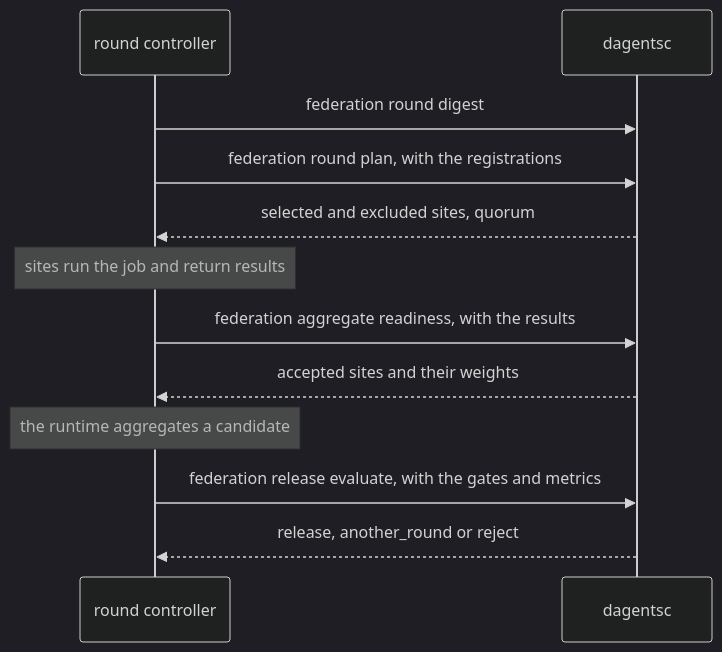
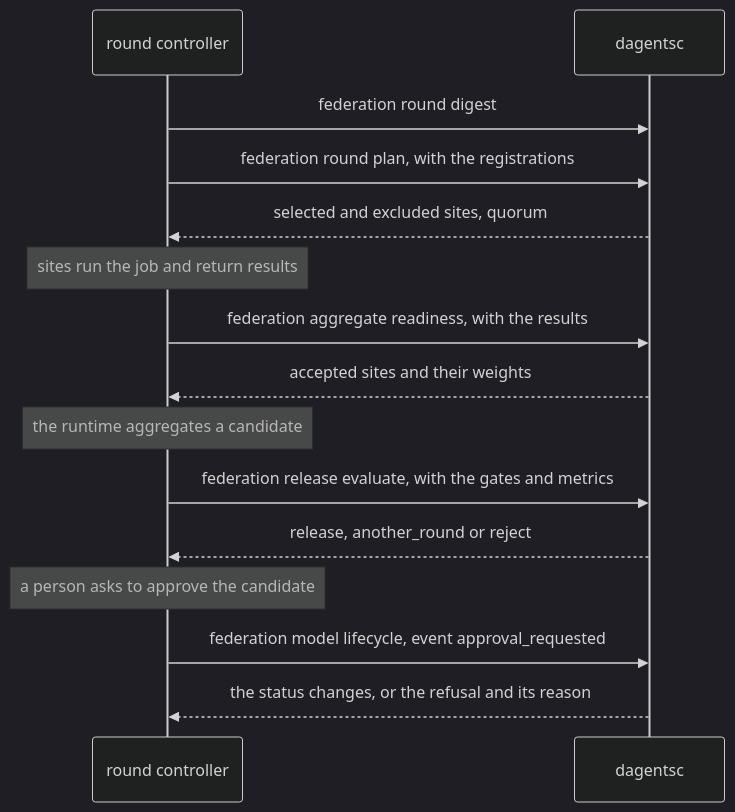
Before and after one commit to pradyunuydarp/Dagents: the second of 2 diagrams in docs/reference/api/dagentsc.md, drawn with Mermaid (dark theme). The commit also changed other lines of this file and 129 other files, not shown here.

````diff
--- a/docs/reference/api/dagentsc.md
+++ b/docs/reference/api/dagentsc.md
@@ -563,14 +567,17 @@
 ```mermaid
 sequenceDiagram
     participant Controller as round controller
     participant Planner as dagentsc
     Controller->>Planner: federation round digest
     Controller->>Planner: federation round plan, with the registrations
     Planner-->>Controller: selected and excluded sites, quorum
     Note over Controller: sites run the job and return results
     Controller->>Planner: federation aggregate readiness, with the results
     Planner-->>Controller: accepted sites and their weights
     Note over Controller: the runtime aggregates a candidate
     Controller->>Planner: federation release evaluate, with the gates and metrics
     Planner-->>Controller: release, another_round or reject
+    Note over Controller: a person asks to approve the candidate
+    Controller->>Planner: federation model lifecycle, event approval_requested
+    Planner-->>Controller: the status changes, or the refusal and its reason
 ```
````
